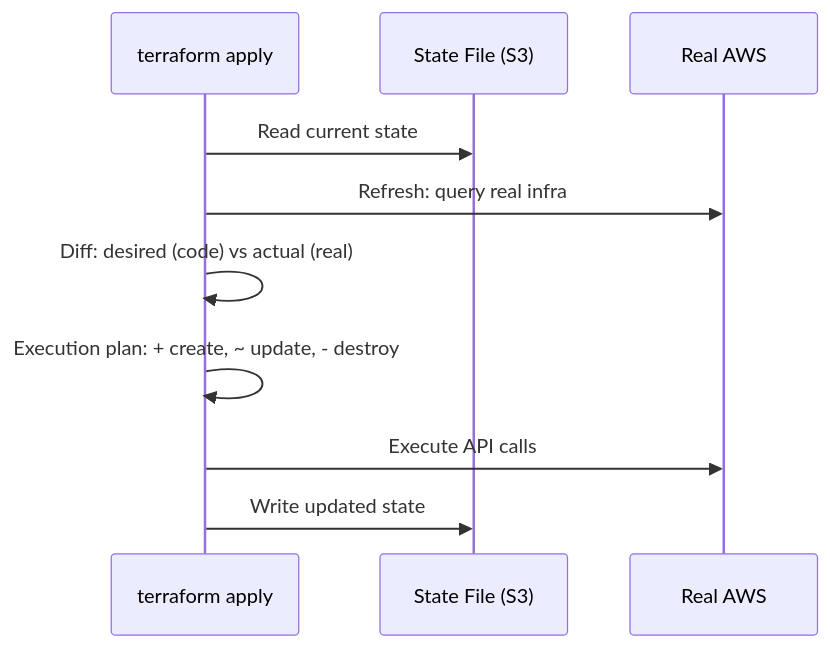
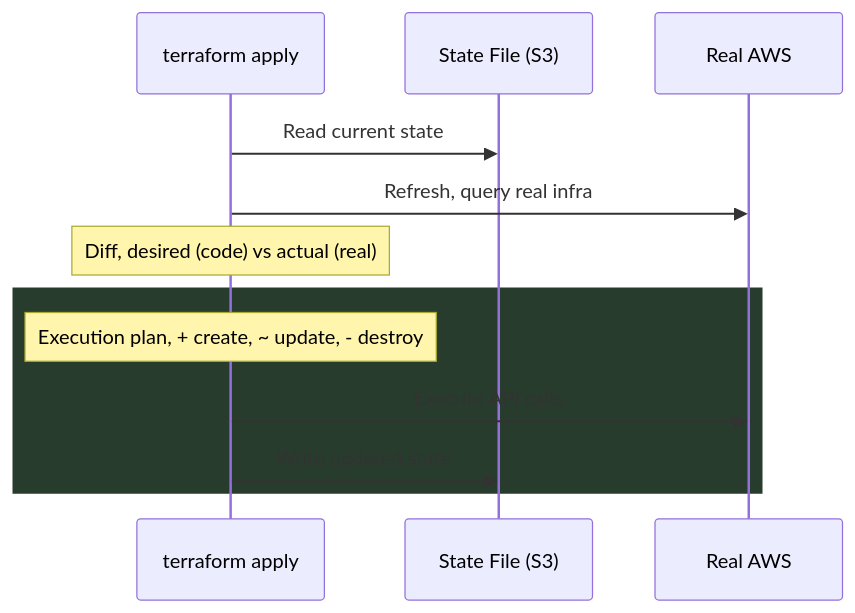
One commit to deepanshu-rawat6/DevOpsIndex changed the fourth of 9 diagrams in iac/README.md. Above: the diagram before and after it, drawn with Mermaid. The commit also changed other lines of this file and 17 other files, not shown here.

````diff
--- a/iac/README.md
+++ b/iac/README.md
@@ -119,13 +161,15 @@
 ```mermaid
 sequenceDiagram
     participant Dev as terraform apply
     participant State as State File (S3)
     participant Real as Real AWS
 
     Dev->>State: Read current state
-    Dev->>Real: Refresh: query real infra
-    Dev->>Dev: Diff: desired (code) vs actual (real)
-    Dev->>Dev: Execution plan: + create, ~ update, - destroy
+    Dev->>Real: Refresh, query real infra
+    Note over Dev: Diff, desired (code) vs actual (real)
+    rect rgb(40, 60, 45)
+    Note over Dev: Execution plan, + create, ~ update, - destroy
     Dev->>Real: Execute API calls
     Dev->>State: Write updated state
+    end
 ```
````
